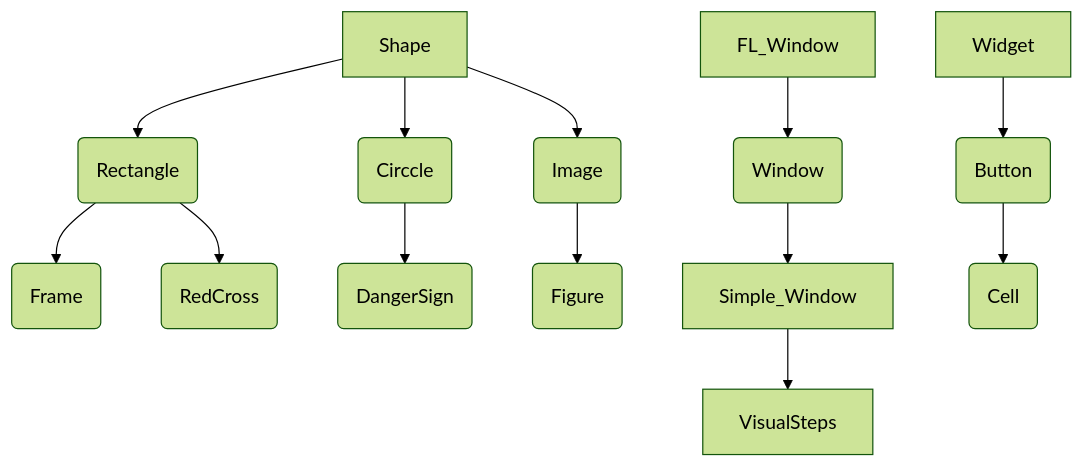
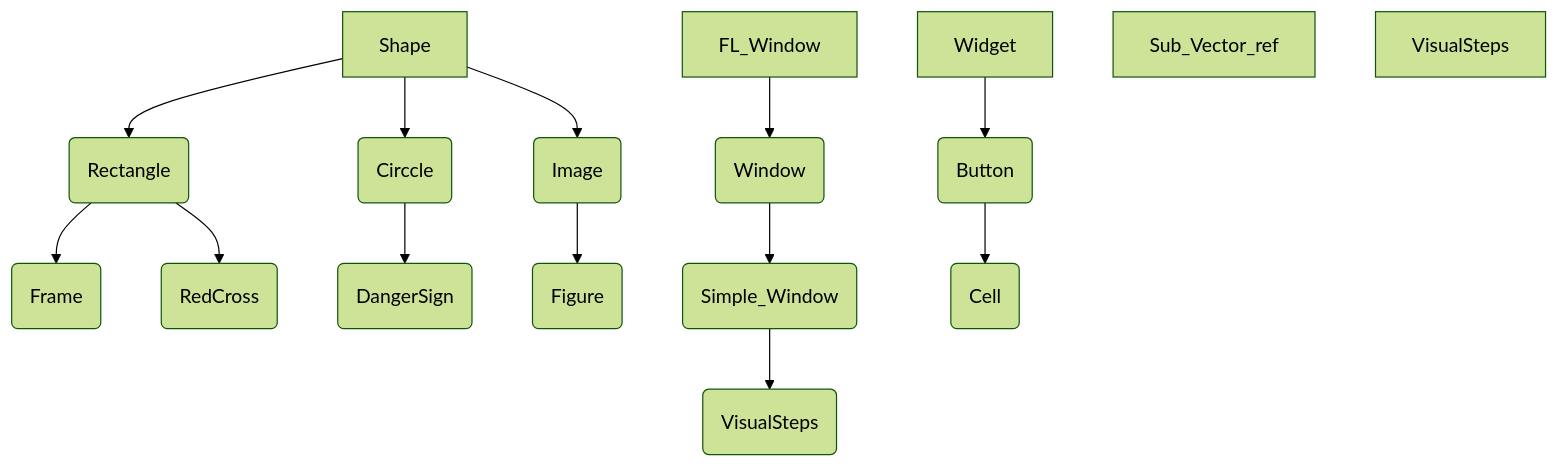
The diagram in reviews/Chess_project.md (4eburxn/sem23_project), drawn with Mermaid (forest theme) before and after one commit. The commit also changed other lines of this file and 1 other file, not shown here.

Commit message:
reviews fixed

````diff
--- a/reviews/Chess_project.md
+++ b/reviews/Chess_project.md
@@ -28,15 +28,18 @@
 ```mermaid
 graph TD
 
 A[Shape]--> B(Rectangle)
 B --> E(Frame)
 B --> F(RedCross)
 A --> G(Circcle) --> I(DangerSign) 
 A --> N(Image) --> O(Figure)
 
 J[FL_Window]--> K(Window)
-K --> L[Simple_Window] -->
-M[VisualSteps]
+K --> L(Simple_Window) -->
+M(VisualSteps)
 
 a[Widget] --> b(Button) --> c(Cell)
+
+d[Sub_Vector_ref]
+e[VisualSteps]
 ```
````
